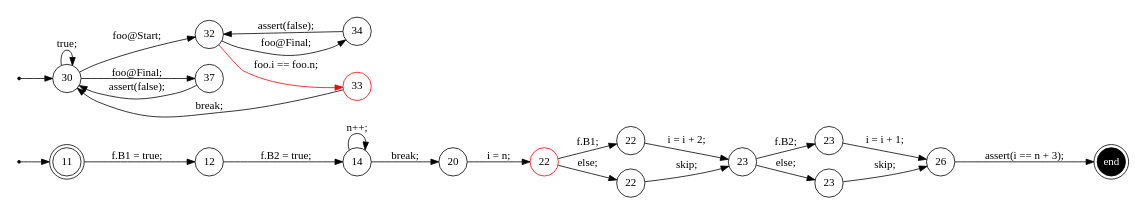
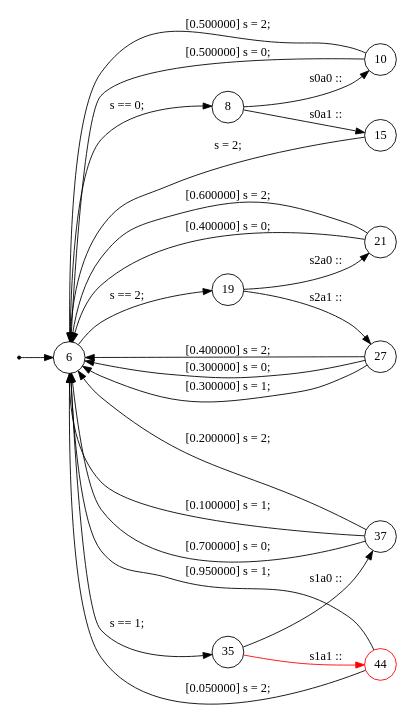
One commit to samilazregsuidi/Daedalux changed the diagram in trace/8.dot. Above: the diagram before and after it, drawn with Graphviz. The commit also changed 277 other files, not shown here.

```diff
--- a/trace/8.dot
+++ b/trace/8.dot
@@ -1,48 +1,39 @@
 digraph finite_state_machine {
 	rankdir=LR
 	size="8,5"
-	93824993311008 [label = 11, shape = doublecircle, fixedsize = true]; 
-	s93824993311008 [shape = point];
-	93824993307216 [label = 30, shape = doublecircle, fixedsize = true]; 
-	s93824993307216 [shape = point];
-	e93824993306544 [shape = doublecircle, fixedsize = true, style = filled, fillcolor = black, fontcolor = white,  label = end];
-	 93824993312480 [label = 12, shape = circle, fixedsize = true ];
-	 93824993302560 [label = 14, shape = circle, fixedsize = true ];
-	 93824993303360 [label = 20, shape = circle, fixedsize = true ];
-	 93824993303680 [label = 22, shape = circle, color = red, fixedsize = true ];
-	 93824993304480 [label = 22, shape = circle, fixedsize = true ];
-	 93824993305200 [label = 22, shape = circle, fixedsize = true ];
-	 93824993304992 [label = 23, shape = circle, fixedsize = true ];
-	 93824993306032 [label = 23, shape = circle, fixedsize = true ];
-	 93824993306752 [label = 23, shape = circle, fixedsize = true ];
-	 93824993306544 [label = 26, shape = circle, fixedsize = true ];
-	 93824993307216 [label = 30, shape = circle, fixedsize = true ];
-	 93824993307984 [label = 32, shape = circle, fixedsize = true ];
-	 93824993308816 [label = 33, shape = circle, color = red, fixedsize = true ];
-	 93824993309536 [label = 34, shape = circle, fixedsize = true ];
-	 93824993310048 [label = 37, shape = circle, fixedsize = true ];
-	s93824993311008 -> 93824993311008;
-	s93824993307216 -> 93824993307216;
-	93824993311008 -> 93824993312480 [ label = "f.B1 = true; "];
-	93824993312480 -> 93824993302560 [ label = "f.B2 = true; "];
-	93824993302560 -> 93824993303360 [ label = "break; "];
-	93824993302560 -> 93824993302560 [ label = "n++; "];
-	93824993303360 -> 93824993303680 [ label = "i = n; "];
-	93824993303680 -> 93824993304480 [ label = "f.B1; "];
-	93824993304480 -> 93824993304992 [ label = "i = i + 2; "];
-	93824993303680 -> 93824993305200 [ label = "else; "];
-	93824993305200 -> 93824993304992 [ label = "skip; "];
-	93824993304992 -> 93824993306032 [ label = "f.B2; "];
-	93824993306032 -> 93824993306544 [ label = "i = i + 1; "];
-	93824993304992 -> 93824993306752 [ label = "else; "];
-	93824993306752 -> 93824993306544 [ label = "skip; "];
-	93824993306544 -> e93824993306544 [ label = "assert(i == n + 3); "];
-	93824993307216 -> 93824993307984 [ label = "foo@Start; "];
-	93824993307984 -> 93824993308816 [color = red, label = "foo.i == foo.n; "];
-	93824993308816 -> 93824993307216 [ label = "break; "];
-	93824993307984 -> 93824993309536 [ label = "foo@Final; "];
-	93824993309536 -> 93824993307984 [ label = "assert(false); "];
-	93824993307216 -> 93824993310048 [ label = "foo@Final; "];
-	93824993310048 -> 93824993307216 [ label = "assert(false); "];
-	93824993307216 -> 93824993307216 [ label = "true; "];
+	93824993319552 [label = 6, shape = doublecircle, fixedsize = true]; 
+	s93824993319552 [shape = point];
+	 93824993319552 [label = 6, shape = circle, fixedsize = true ];
+	 93824993310416 [label = 8, shape = circle, fixedsize = true ];
+	 93824993310976 [label = 10, shape = circle, fixedsize = true ];
+	 93824993312496 [label = 15, shape = circle, fixedsize = true ];
+	 93824993312944 [label = 19, shape = circle, fixedsize = true ];
+	 93824993313712 [label = 21, shape = circle, fixedsize = true ];
+	 93824993315232 [label = 27, shape = circle, fixedsize = true ];
+	 93824993316688 [label = 35, shape = circle, fixedsize = true ];
+	 93824993317632 [label = 37, shape = circle, fixedsize = true ];
+	 93824993325184 [label = 44, shape = circle, color = red, fixedsize = true ];
+	s93824993319552 -> 93824993319552;
+	93824993319552 -> 93824993310416 [ label = "s == 0; "];
+	93824993310416 -> 93824993310976 [ label = "s0a0 :: "];
+	93824993310976 -> 93824993319552 [ label = " [0.500000] s = 0; "];
+	93824993310976 -> 93824993319552 [ label = " [0.500000] s = 2; "];
+	93824993310416 -> 93824993312496 [ label = "s0a1 :: "];
+	93824993312496 -> 93824993319552 [ label = "s = 2; "];
+	93824993319552 -> 93824993312944 [ label = "s == 2; "];
+	93824993312944 -> 93824993313712 [ label = "s2a0 :: "];
+	93824993313712 -> 93824993319552 [ label = " [0.400000] s = 0; "];
+	93824993313712 -> 93824993319552 [ label = " [0.600000] s = 2; "];
+	93824993312944 -> 93824993315232 [ label = "s2a1 :: "];
+	93824993315232 -> 93824993319552 [ label = " [0.400000] s = 2; "];
+	93824993315232 -> 93824993319552 [ label = " [0.300000] s = 0; "];
+	93824993315232 -> 93824993319552 [ label = " [0.300000] s = 1; "];
+	93824993319552 -> 93824993316688 [ label = "s == 1; "];
+	93824993316688 -> 93824993317632 [ label = "s1a0 :: "];
+	93824993317632 -> 93824993319552 [ label = " [0.100000] s = 1; "];
+	93824993317632 -> 93824993319552 [ label = " [0.700000] s = 0; "];
+	93824993317632 -> 93824993319552 [ label = " [0.200000] s = 2; "];
+	93824993316688 -> 93824993325184 [color = red, label = "s1a1 :: "];
+	93824993325184 -> 93824993319552 [ label = " [0.950000] s = 1; "];
+	93824993325184 -> 93824993319552 [ label = " [0.050000] s = 2; "];
 }
```
